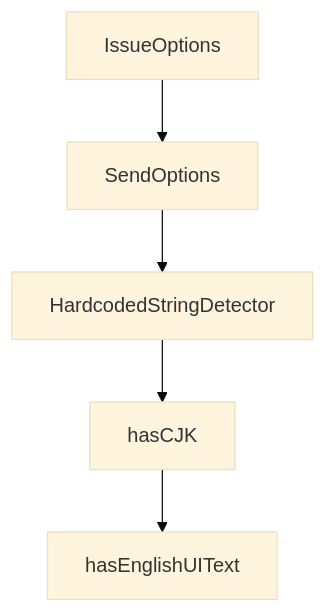
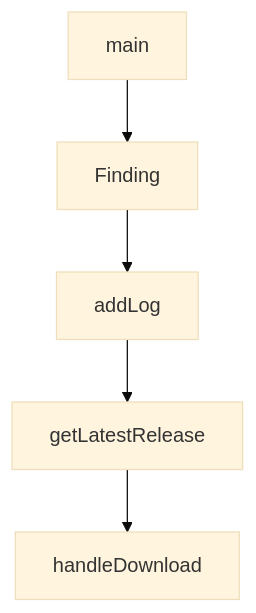
The diagram in tutorials/cherry-studio-tutorial/02-core-architecture-and-product-model.md (johnxie/awesome-code-docs), drawn with Mermaid (base theme) before and after one commit. The commit also changed other lines of this file and 1232 other files, not shown here.

````diff
--- a/tutorials/cherry-studio-tutorial/02-core-architecture-and-product-model.md
+++ b/tutorials/cherry-studio-tutorial/02-core-architecture-and-product-model.md
@@ -215,12 +213,12 @@
 ```mermaid
 flowchart TD
-    A[IssueOptions]
-    B[SendOptions]
-    C[HardcodedStringDetector]
-    D[hasCJK]
-    E[hasEnglishUIText]
+    A[main]
+    B[Finding]
+    C[addLog]
+    D[getLatestRelease]
+    E[handleDownload]
     A --> B
     B --> C
     C --> D
     D --> E
 ```
````
